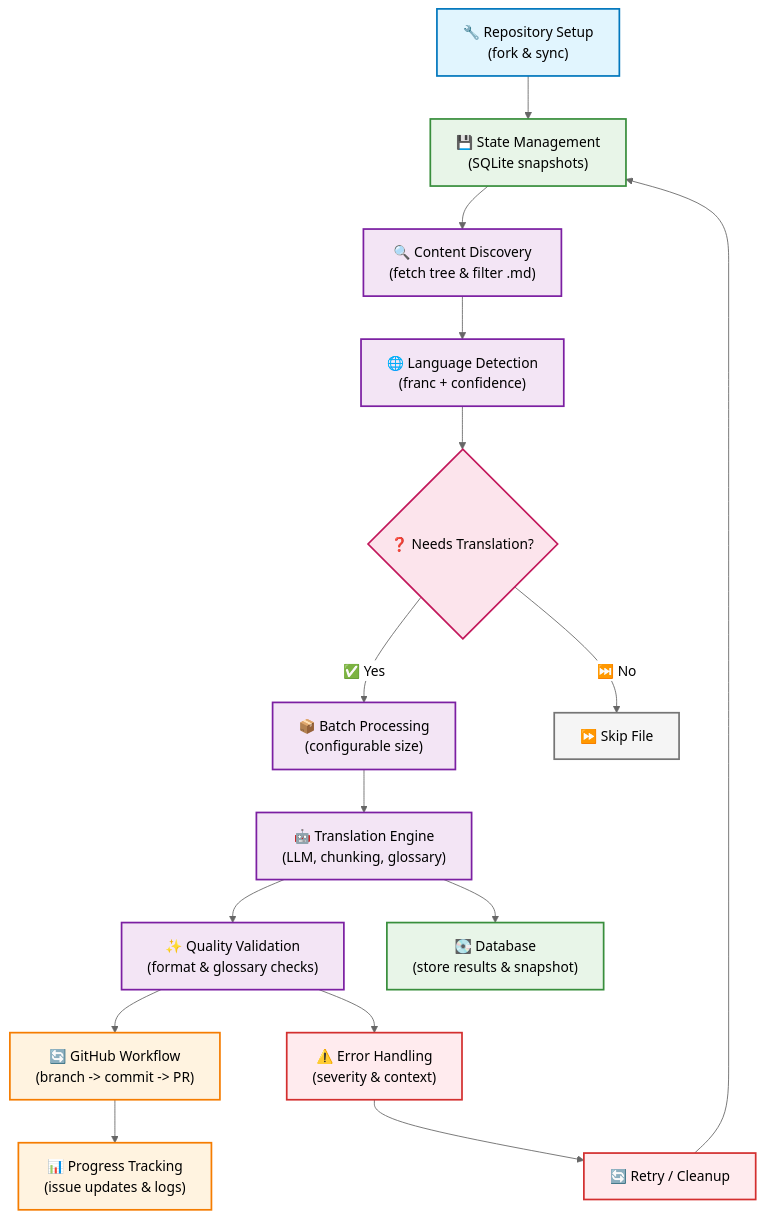
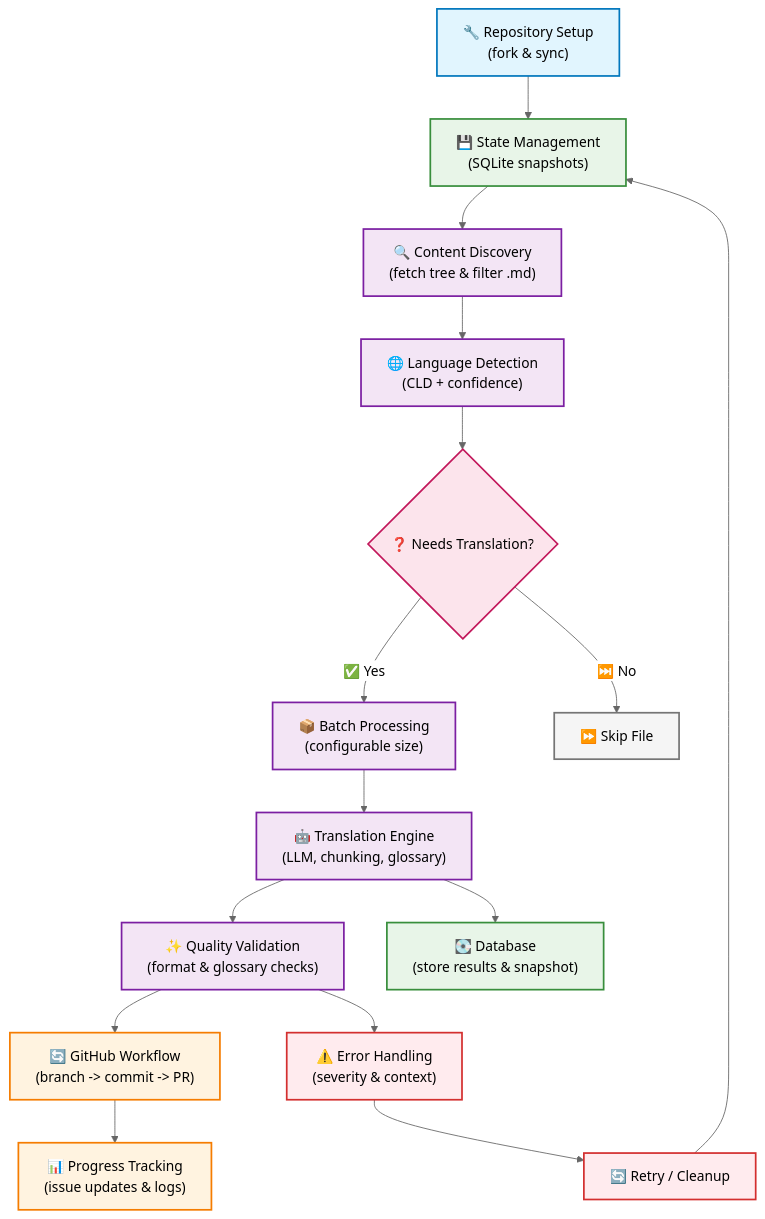
Before and after one commit to NivaldoFarias/translate-react: the diagram in README.md, drawn with Mermaid (neutral theme). The commit also changed other lines of this file and 36 other files, not shown here.

````diff
--- a/README.md
+++ b/README.md
@@ -76,35 +76,35 @@
 ```mermaid
 graph TD
   A["🔧 Repository Setup <br/> (fork & sync)"] --> B["💾 State Management <br/> (SQLite snapshots)"]
   B --> C["🔍 Content Discovery <br/> (fetch tree & filter .md)"]
-  C --> D["🌐 Language Detection <br/> (franc + confidence)"]
+  C --> D["🌐 Language Detection <br/> (CLD + confidence)"]
   D --> E{"❓ Needs Translation?"}
   E -->|"✅ Yes"| F["📦 Batch Processing <br/> (configurable size)"]
   F --> G["🤖 Translation Engine <br/> (LLM, chunking, glossary)"]
   G --> H["✨ Quality Validation <br/> (format & glossary checks)"]
   H --> I["🔄 GitHub Workflow <br/> (branch -> commit -> PR)"]
   I --> J["📊 Progress Tracking <br/> (issue updates & logs)"]
   E -->|"⏭️ No"| K["⏩ Skip File"]
   G --> L["💽 Database <br/> (store results & snapshot)"]
   H --> M["⚠️ Error Handling <br/> (severity & context)"]
   M --> N["🔄 Retry / Cleanup"]
   N --> B
 
   %% Style definitions
   classDef setup fill:#e1f5fe,stroke:#0277bd,stroke-width:2px,color:#000
   classDef process fill:#f3e5f5,stroke:#7b1fa2,stroke-width:2px,color:#000
   classDef storage fill:#e8f5e8,stroke:#388e3c,stroke-width:2px,color:#000
   classDef github fill:#fff3e0,stroke:#f57c00,stroke-width:2px,color:#000
   classDef decision fill:#fce4ec,stroke:#c2185b,stroke-width:2px,color:#000
   classDef error fill:#ffebee,stroke:#d32f2f,stroke-width:2px,color:#000
   classDef skip fill:#f5f5f5,stroke:#757575,stroke-width:2px,color:#000
 
   %% Apply styles to nodes
   class A setup
   class B,L storage
   class C,D,F,G,H process
   class I,J github
   class E decision
   class M,N error
   class K skip
 ```
````
